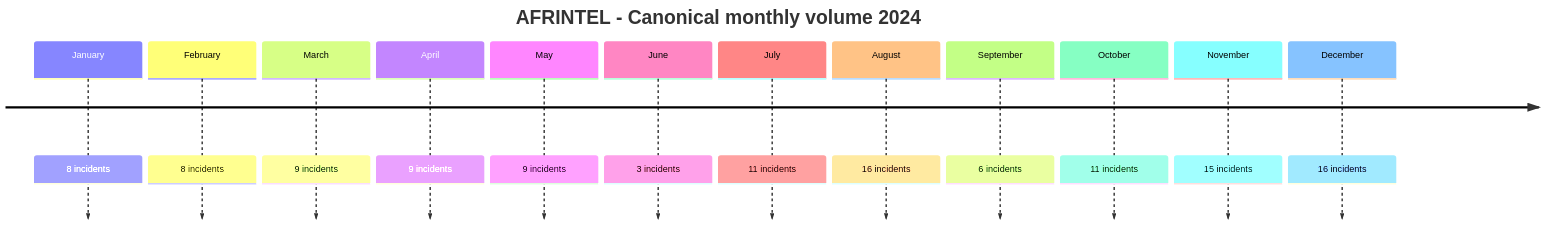
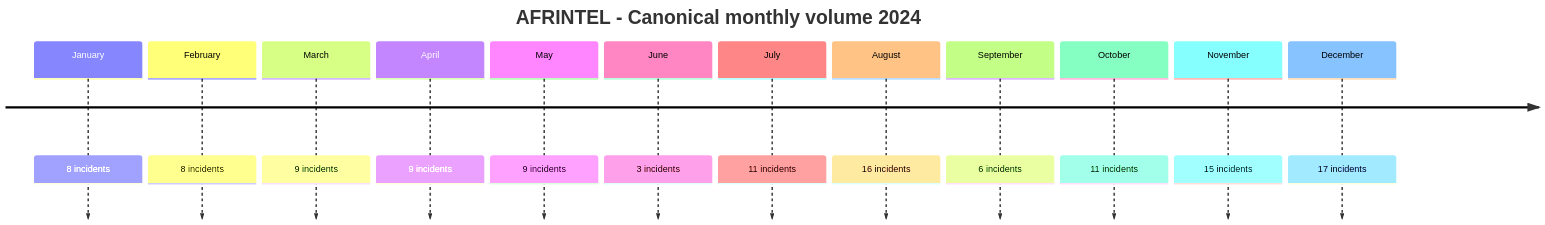
The first of 2 diagrams in CyberAttackAfrica/2024/README.md (Hatchepsoute/AFRINTEL), drawn with Mermaid before and after one commit. The commit also changed other lines of this file and 90 other files, not shown here.

````diff
--- a/CyberAttackAfrica/2024/README.md
+++ b/CyberAttackAfrica/2024/README.md
@@ -46,16 +50,16 @@
 ```mermaid
 timeline
     title AFRINTEL - Canonical monthly volume 2024
     January : 8 incidents
     February : 8 incidents
     March : 9 incidents
     April : 9 incidents
     May : 9 incidents
     June : 3 incidents
     July : 11 incidents
     August : 16 incidents
     September : 6 incidents
     October : 11 incidents
     November : 15 incidents
-    December : 16 incidents
+    December : 17 incidents
 ```
````
